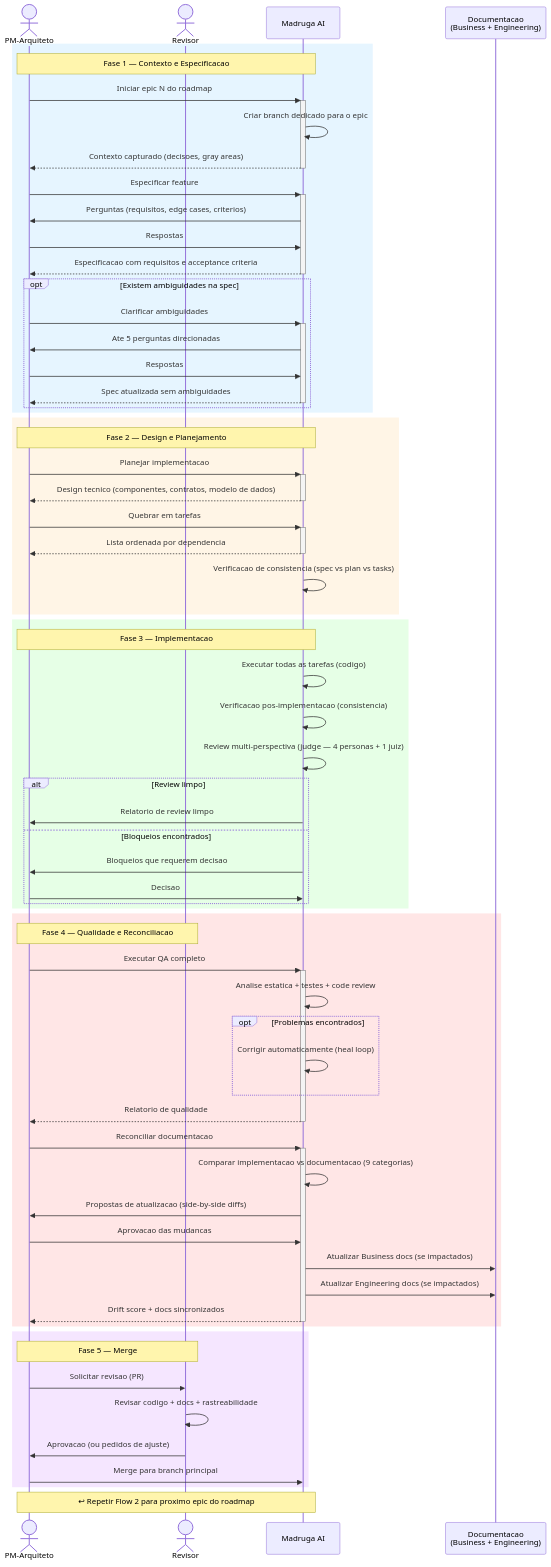
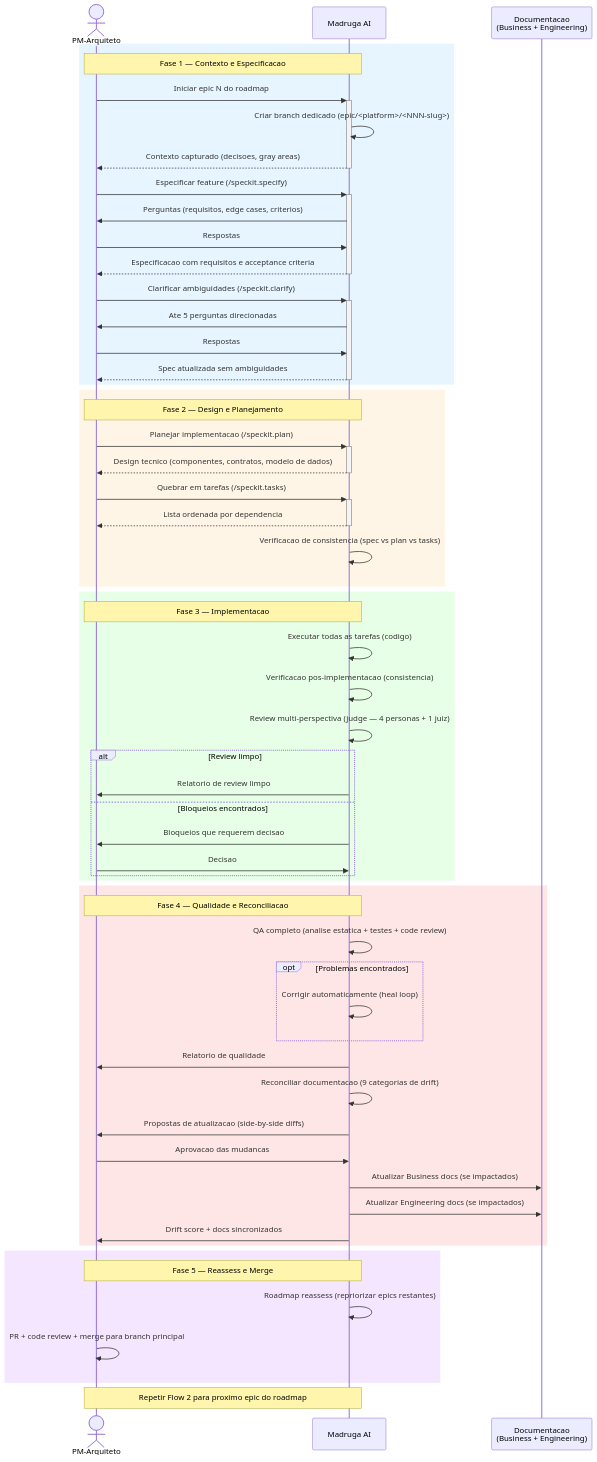
The fourth of 12 diagrams in platforms/madruga-ai/business/process.md (paceautomations/madruga.ai), drawn with Mermaid before and after one commit. The commit also changed other lines of this file and 9 other files, not shown here.

````diff
--- a/platforms/madruga-ai/business/process.md
+++ b/platforms/madruga-ai/business/process.md
@@ -228,79 +237,72 @@
 ```mermaid
 sequenceDiagram
     actor PM as PM-Arquiteto
-    actor Rev as Revisor
     participant Plataforma as Madruga AI
     participant Docs as Documentacao<br/>(Business + Engineering)
 
     rect rgb(230, 245, 255)
     note over PM, Plataforma: Fase 1 — Contexto e Especificacao
     PM->>+Plataforma: Iniciar epic N do roadmap
-    Plataforma->>Plataforma: Criar branch dedicado para o epic
+    Plataforma->>Plataforma: Criar branch dedicado (epic/<platform>/<NNN-slug>)
     Plataforma-->>-PM: Contexto capturado (decisoes, gray areas)
 
-    PM->>+Plataforma: Especificar feature
+    PM->>+Plataforma: Especificar feature (/speckit.specify)
     Plataforma->>PM: Perguntas (requisitos, edge cases, criterios)
     PM->>Plataforma: Respostas
     Plataforma-->>-PM: Especificacao com requisitos e acceptance criteria
 
-    opt Existem ambiguidades na spec
-        PM->>+Plataforma: Clarificar ambiguidades
-        Plataforma->>PM: Ate 5 perguntas direcionadas
-        PM->>Plataforma: Respostas
-        Plataforma-->>-PM: Spec atualizada sem ambiguidades
-    end
+    PM->>+Plataforma: Clarificar ambiguidades (/speckit.clarify)
+    Plataforma->>PM: Ate 5 perguntas direcionadas
+    PM->>Plataforma: Respostas
+    Plataforma-->>-PM: Spec atualizada sem ambiguidades
     end
 
     rect rgb(255, 245, 230)
     note over PM, Plataforma: Fase 2 — Design e Planejamento
-    PM->>+Plataforma: Planejar implementacao
+    PM->>+Plataforma: Planejar implementacao (/speckit.plan)
     Plataforma-->>-PM: Design tecnico (componentes, contratos, modelo de dados)
 
-    PM->>+Plataforma: Quebrar em tarefas
+    PM->>+Plataforma: Quebrar em tarefas (/speckit.tasks)
     Plataforma-->>-PM: Lista ordenada por dependencia
 
     Plataforma->>Plataforma: Verificacao de consistencia (spec vs plan vs tasks)
     end
 
     rect rgb(230, 255, 230)
     note over PM, Plataforma: Fase 3 — Implementacao
     Plataforma->>Plataforma: Executar todas as tarefas (codigo)
     Plataforma->>Plataforma: Verificacao pos-implementacao (consistencia)
 
     Plataforma->>Plataforma: Review multi-perspectiva (judge — 4 personas + 1 juiz)
     alt Review limpo
         Plataforma->>PM: Relatorio de review limpo
     else Bloqueios encontrados
         Plataforma->>PM: Bloqueios que requerem decisao
         PM->>Plataforma: Decisao
     end
     end
 
     rect rgb(255, 230, 230)
-    note over PM, Rev: Fase 4 — Qualidade e Reconciliacao
-    PM->>+Plataforma: Executar QA completo
-    Plataforma->>Plataforma: Analise estatica + testes + code review
+    note over PM, Plataforma: Fase 4 — Qualidade e Reconciliacao
+    Plataforma->>Plataforma: QA completo (analise estatica + testes + code review)
     opt Problemas encontrados
         Plataforma->>Plataforma: Corrigir automaticamente (heal loop)
     end
-    Plataforma-->>-PM: Relatorio de qualidade
+    Plataforma->>PM: Relatorio de qualidade
 
-    PM->>+Plataforma: Reconciliar documentacao
-    Plataforma->>Plataforma: Comparar implementacao vs documentacao (9 categorias)
+    Plataforma->>Plataforma: Reconciliar documentacao (9 categorias de drift)
     Plataforma->>PM: Propostas de atualizacao (side-by-side diffs)
     PM->>Plataforma: Aprovacao das mudancas
     Plataforma->>Docs: Atualizar Business docs (se impactados)
     Plataforma->>Docs: Atualizar Engineering docs (se impactados)
-    Plataforma-->>-PM: Drift score + docs sincronizados
+    Plataforma->>PM: Drift score + docs sincronizados
     end
 
     rect rgb(245, 230, 255)
-    note over PM, Rev: Fase 5 — Merge
-    PM->>Rev: Solicitar revisao (PR)
-    Rev->>Rev: Revisar codigo + docs + rastreabilidade
-    Rev->>PM: Aprovacao (ou pedidos de ajuste)
-    PM->>Plataforma: Merge para branch principal
+    note over PM, Plataforma: Fase 5 — Reassess e Merge
+    Plataforma->>Plataforma: Roadmap reassess (repriorizar epics restantes)
+    PM->>PM: PR + code review + merge para branch principal
     end
 
-    note over PM, Plataforma: ↩ Repetir Flow 2 para proximo epic do roadmap
+    note over PM, Plataforma: Repetir Flow 2 para proximo epic do roadmap
 ```
````
